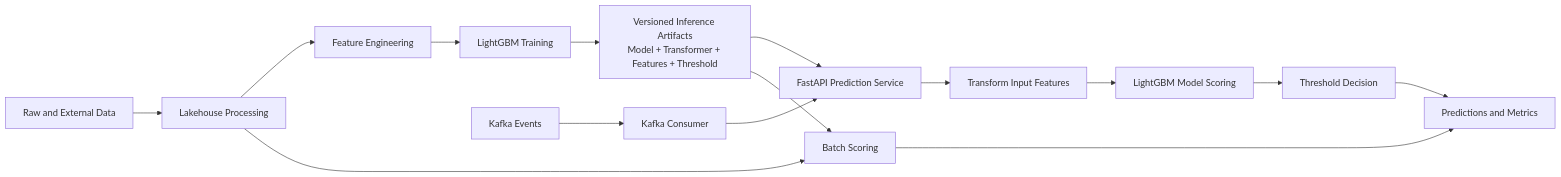
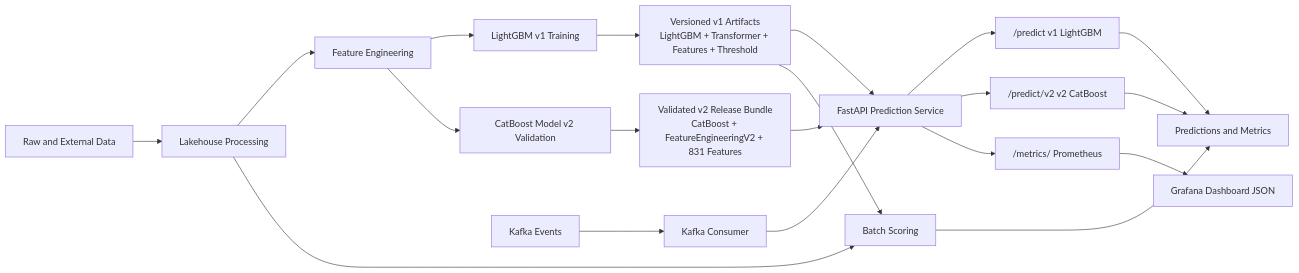
One commit to chathuranga-sudusinghe/enterprise-fraud-detection-ml-system changed the diagram in README.md. Above: the diagram before and after it, drawn with Mermaid. The commit also changed other lines of this file, not shown here.

Commit message:
docs: update README for model v2 production-ready checkpoint

````diff
--- a/README.md
+++ b/README.md
@@ -108,22 +139,27 @@
 ```mermaid
 flowchart LR
     A[Raw and External Data] --> B[Lakehouse Processing]
     B --> C[Feature Engineering]
-    C --> D[LightGBM Training]
+    C --> D[LightGBM v1 Training]
+    C --> E[CatBoost Model v2 Validation]
 
-    D --> E[Versioned Inference Artifacts<br/>Model + Transformer + Features + Threshold]
+    D --> F[Versioned v1 Artifacts<br/>LightGBM + Transformer + Features + Threshold]
+    E --> G[Validated v2 Release Bundle<br/>CatBoost + FeatureEngineeringV2 + 831 Features]
 
-    E --> F[FastAPI Prediction Service]
+    F --> H[FastAPI Prediction Service]
+    G --> H
 
-    G[Kafka Events] --> H[Kafka Consumer]
-    H --> F
+    I[Kafka Events] --> J[Kafka Consumer]
+    J --> H
 
-    F --> I[Transform Input Features]
-    I --> J[LightGBM Model Scoring]
-    J --> K[Threshold Decision]
-    K --> L[Predictions and Metrics]
+    H --> K["/predict v1 LightGBM"]
+    H --> L["/predict/v2 v2 CatBoost"]
+    K --> M[Predictions and Metrics]
+    L --> M
+    H --> N["/metrics/ Prometheus"]
+    N --> O[Grafana Dashboard JSON]
 
-    B --> M[Batch Scoring]
-    E --> M
-    M --> L
+    B --> P[Batch Scoring]
+    F --> P
+    P --> M
 ```
````
